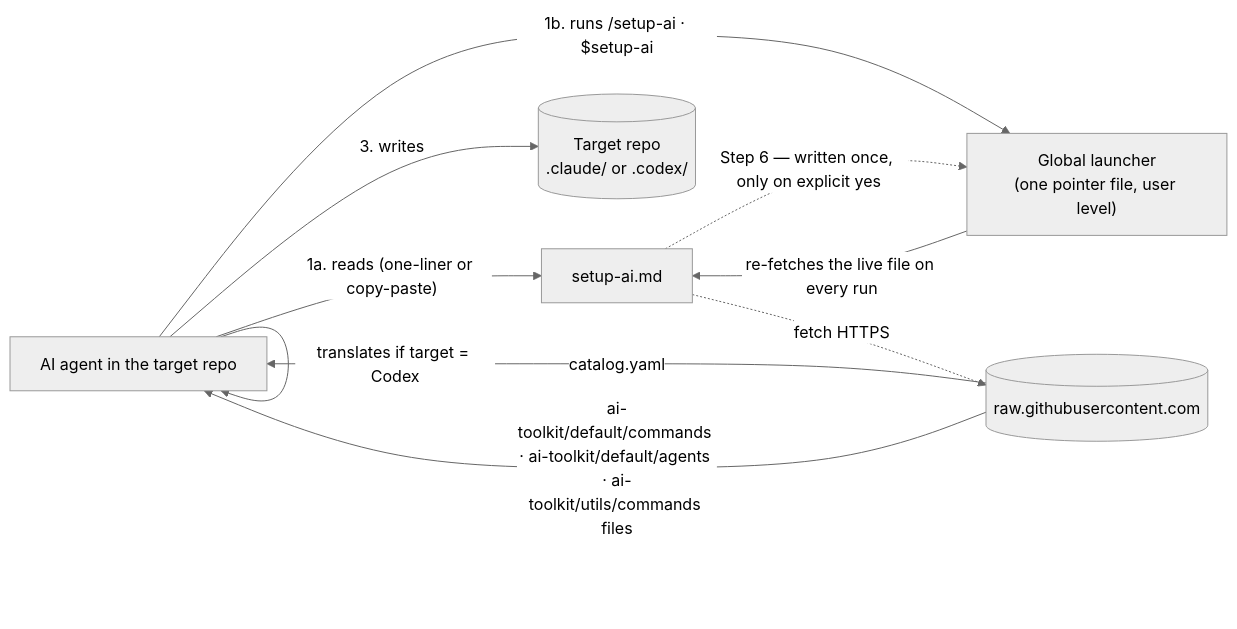
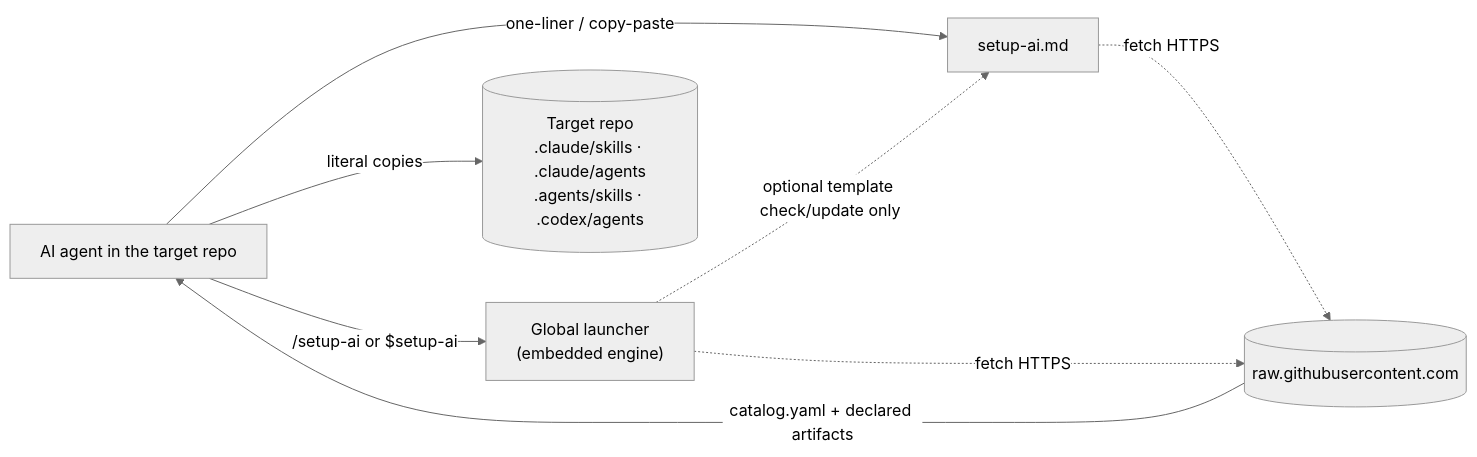
One commit to charlstown/my-aisy-toolkit changed the first of 3 diagrams in specs/tech-spec.md. Above: the diagram before and after it, drawn with Mermaid (neutral theme). The commit also changed other lines of this file and 12 other files, not shown here.

````diff
--- a/specs/tech-spec.md
+++ b/specs/tech-spec.md
@@ -36,12 +36,10 @@
 ```mermaid
 flowchart LR
-    U[AI agent in the target repo] -->|"1a. reads (one-liner or copy-paste)"| S[setup-ai.md]
-    U -->|"1b. runs /setup-ai · $setup-ai"| L["Global launcher<br/>(one pointer file, user level)"]
-    L -->|"re-fetches the live file on every run"| S
-    S -.->|"Step 6 — written once, only on explicit yes"| L
+    U[AI agent in the target repo] -->|"one-liner / copy-paste"| S[setup-ai.md]
+    U -->|"/setup-ai or $setup-ai"| L["Global launcher<br/>(embedded engine)"]
+    L -.->|"optional template check/update only"| S
     S -.fetch HTTPS.-> RAW[(raw.githubusercontent.com)]
-    RAW -->|catalog.yaml| U
-    RAW -->|ai-toolkit/default/commands · ai-toolkit/default/agents · ai-toolkit/utils/commands files| U
-    U -->|translates if target = Codex| U
-    U -->|3. writes| DEST[(Target repo<br/>.claude/ or .codex/)]
+    L -.fetch HTTPS.-> RAW
+    RAW -->|catalog.yaml + declared artifacts| U
+    U -->|"literal copies"| DEST[(Target repo<br/>.claude/skills · .claude/agents<br/>.agents/skills · .codex/agents)]
 ```
````
